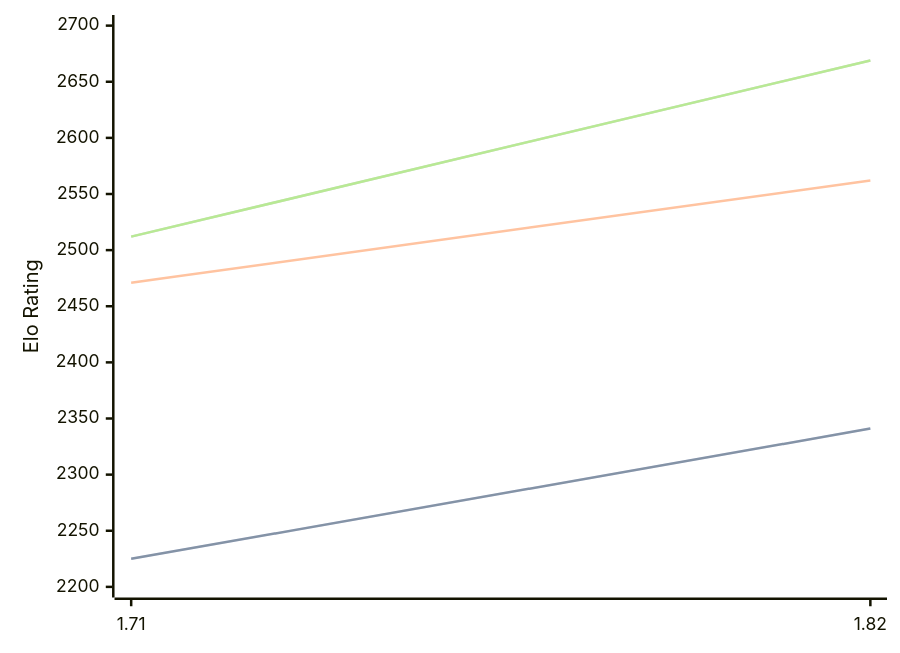
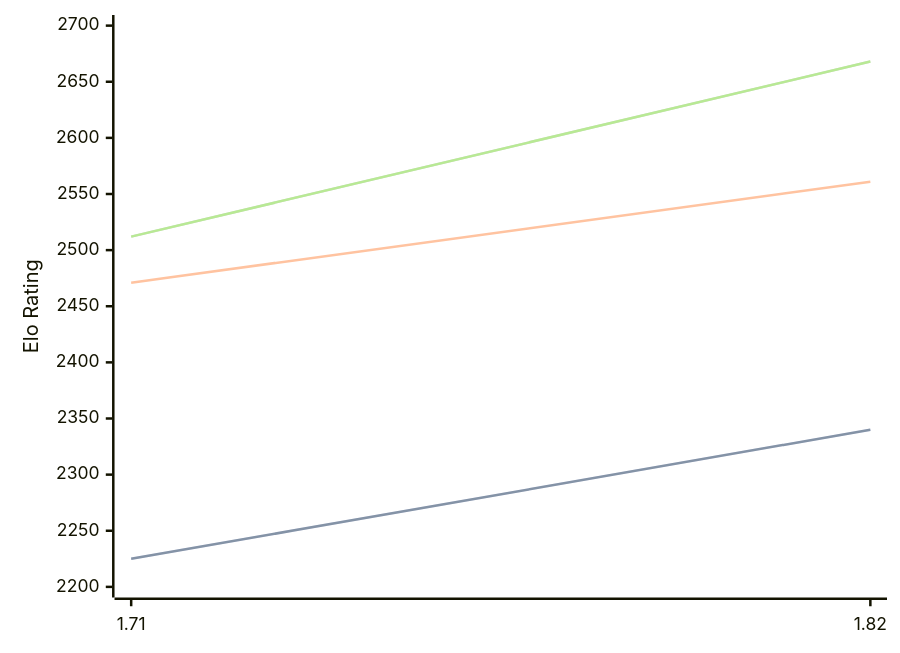
One commit to computer-chess-index/cci changed the diagram in engines/Amira.md. Above: the diagram before and after it, drawn with Mermaid. The commit also changed other lines of this file, not shown here.

Commit message:
Update CCI Ratings (ELO VLTC) - 2026-04-28

````diff
--- a/engines/Amira.md
+++ b/engines/Amira.md
@@ -35,11 +35,11 @@
 ```mermaid
 %%{init: {"theme":"base","themeVariables":{"seriesColors:['#a3a3a3','#222221','#faa371']}}}%%
 xychart-beta
   x-axis ["1.71", "1.82"]
   y-axis "Elo Rating" 2200 --> 2700
-  line "STC (8.0+0.08s)" [2225, 2341]
-  line "STC (8.0+0.08s)" [2225, 2341]
-  line "LTC (60.0+0.60s)" [2471, 2562]
-  line "VLTC (2m24s+1.12s)" [2512, 2669]
-  line "VLTC (2m24s+1.12s)" [2512, 2669]
+  line "STC (8.0+0.08s)" [2225, 2340]
+  line "STC (8.0+0.08s)" [2225, 2340]
+  line "LTC (60.0+0.60s)" [2471, 2561]
+  line "VLTC (2m24s+1.12s)" [2512, 2668]
+  line "VLTC (2m24s+1.12s)" [2512, 2668]
 ```
````
